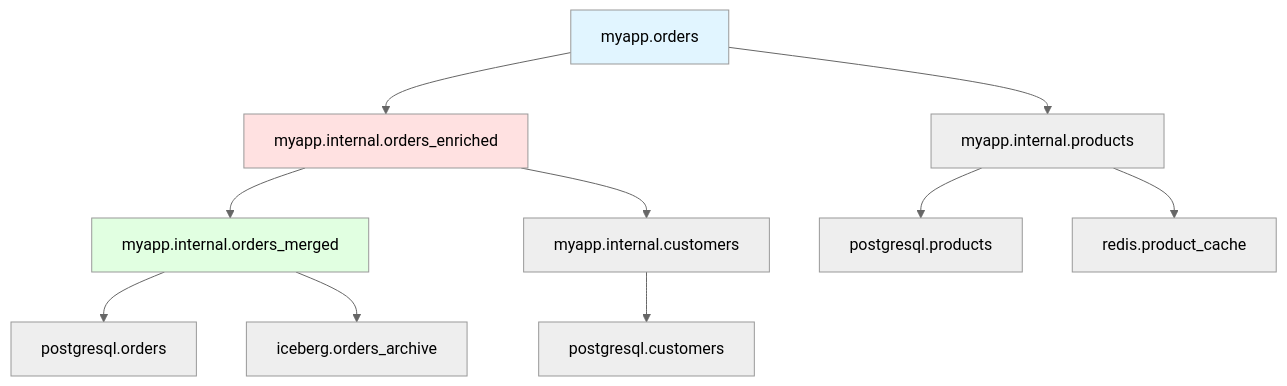
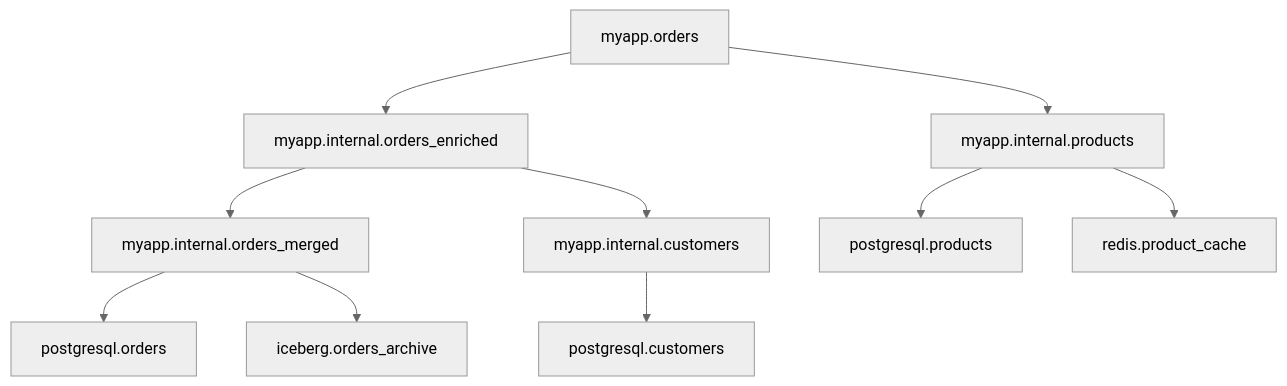
One commit to robfromboulder/virtual-view-manifesto changed the fourth of 10 diagrams in README.md. Above: the diagram before and after it, drawn with Mermaid (neutral theme). The commit also changed other lines of this file, not shown here.

````diff
--- a/README.md
+++ b/README.md
@@ -706,16 +586,12 @@
 ```mermaid
 flowchart TD
     myapp.orders --> myapp.internal.orders_enriched
     myapp.orders --> myapp.internal.products
     myapp.internal.orders_enriched --> myapp.internal.orders_merged
     myapp.internal.orders_enriched --> myapp.internal.customers
     myapp.internal.orders_merged --> postgresql.orders
     myapp.internal.orders_merged --> iceberg.orders_archive
     myapp.internal.customers --> postgresql.customers
     myapp.internal.products --> postgresql.products
     myapp.internal.products --> redis.product_cache
-    
-    style myapp.orders fill:#e1f5ff
-    style myapp.internal.orders_enriched fill:#ffe1e1
-    style myapp.internal.orders_merged fill:#e1ffe1
 ```
````
